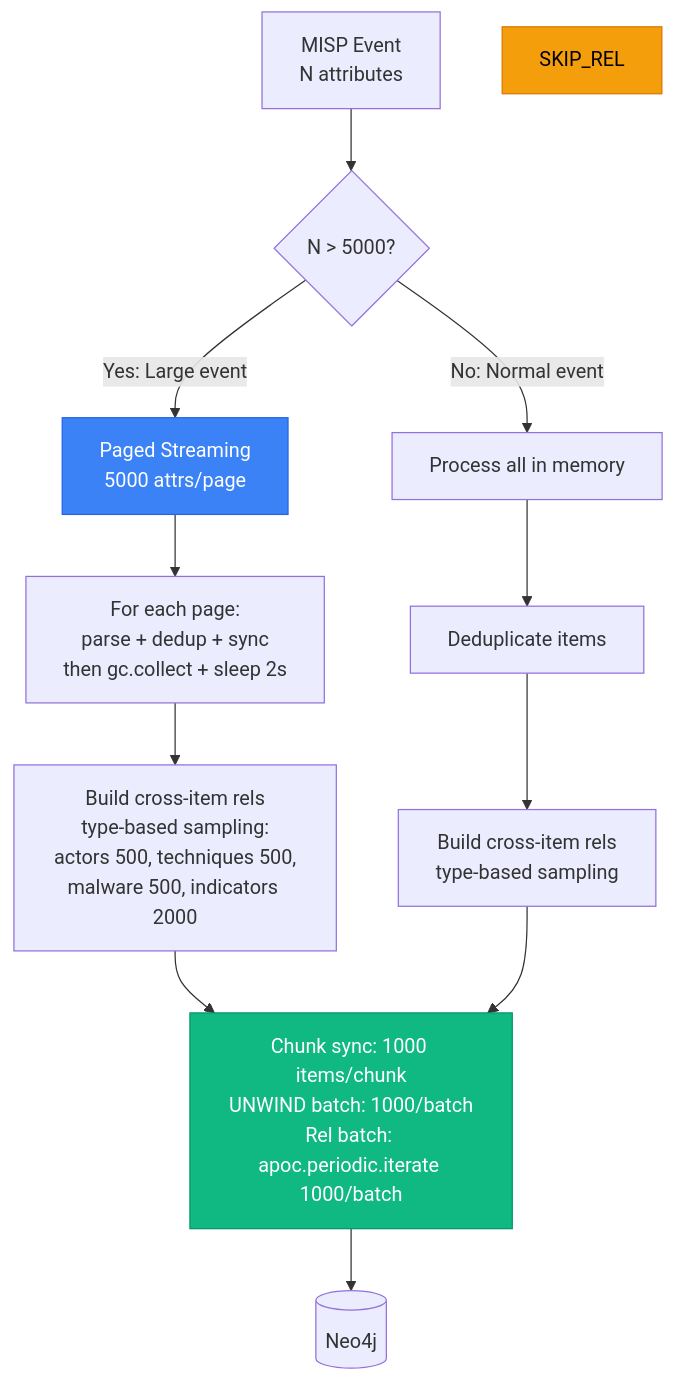
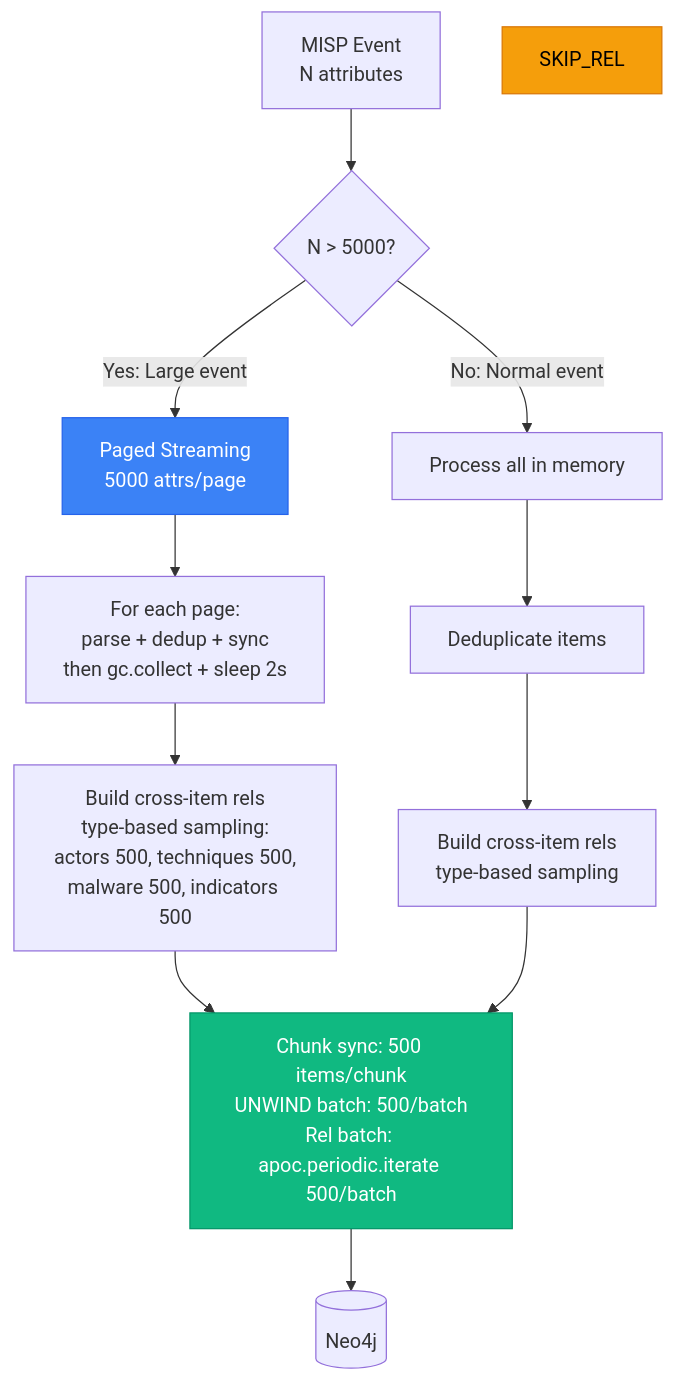
One commit to Kopanov/EdgeGuard-Knowledge-Graph changed the seventh of 8 diagrams in docs/ARCHITECTURE_DIAGRAMS.md. Above: the diagram before and after it, drawn with Mermaid. The commit also changed other lines of this file and 13 other files, not shown here.

First line of the commit message:
docs: update all batch/chunk references to match new defaults

````diff
--- a/docs/ARCHITECTURE_DIAGRAMS.md
+++ b/docs/ARCHITECTURE_DIAGRAMS.md
@@ -222,20 +222,20 @@
 ```mermaid
 flowchart TD
     EVENT[MISP Event<br/>N attributes] --> CHECK{N > 5000?}
 
     CHECK -->|Yes: Large event| PAGED[Paged Streaming<br/>5000 attrs/page]
     CHECK -->|No: Normal event| NORMAL[Process all in memory]
 
     PAGED --> PAGE_LOOP[For each page:<br/>parse + dedup + sync<br/>then gc.collect + sleep 2s]
-    PAGE_LOOP --> BUILD_REL_P[Build cross-item rels<br/>type-based sampling:<br/>actors 500, techniques 500,<br/>malware 500, indicators 2000]
+    PAGE_LOOP --> BUILD_REL_P[Build cross-item rels<br/>type-based sampling:<br/>actors 500, techniques 500,<br/>malware 500, indicators 500]
 
     NORMAL --> DEDUP_N[Deduplicate items]
     DEDUP_N --> BUILD_REL_N[Build cross-item rels<br/>type-based sampling]
 
-    BUILD_REL_P & BUILD_REL_N --> CHUNK[Chunk sync: 1000 items/chunk<br/>UNWIND batch: 1000/batch<br/>Rel batch: apoc.periodic.iterate 1000/batch]
+    BUILD_REL_P & BUILD_REL_N --> CHUNK[Chunk sync: 500 items/chunk<br/>UNWIND batch: 500/batch<br/>Rel batch: apoc.periodic.iterate 500/batch]
     CHUNK --> NEO4J[(Neo4j)]
 
     style PAGED fill:#3b82f6,stroke:#2563eb,color:#fff
     style SKIP_REL fill:#f59e0b,stroke:#d97706,color:#000
     style CHUNK fill:#10b981,stroke:#059669,color:#fff
 ```
````
